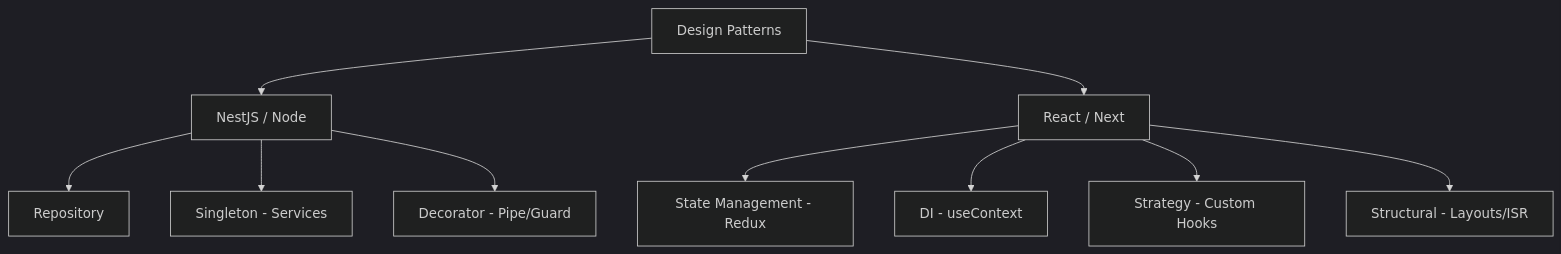
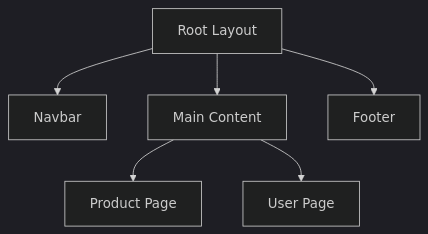
The fourth of 4 diagrams in EXTRA_DESIGN_PATTERNS.md (alvianzf/introduction-to-nest), drawn with Mermaid (dark theme) before and after one commit. The commit also changed other lines of this file, not shown here.

Commit message:
Day 7 - Extra: Finalized Design Patterns Guide with Full-Stack Deep-Dives and Correct Attribution

````diff
--- a/EXTRA_DESIGN_PATTERNS.md
+++ b/EXTRA_DESIGN_PATTERNS.md
@@ -93,14 +176,9 @@
 ```mermaid
 graph TD
-    Patterns[Design Patterns] --> Backend[NestJS / Node]
-    Patterns --> Frontend[React / Next]
-
-    Backend --> BR[Repository]
-    Backend --> BS[Singleton - Services]
-    Backend --> BD[Decorator - Pipe/Guard]
-
-    Frontend --> FR[State Management - Redux]
-    Frontend --> FD[DI - useContext]
-    Frontend --> FS[Strategy - Custom Hooks]
-    Frontend --> FN[Structural - Layouts/ISR]
+    Root[Root Layout] --> Nav[Navbar]
+    Root --> Main[Main Content]
+    Root --> Footer[Footer]
+    
+    Main --> Page1[Product Page]
+    Main --> Page2[User Page]
 ```
````
